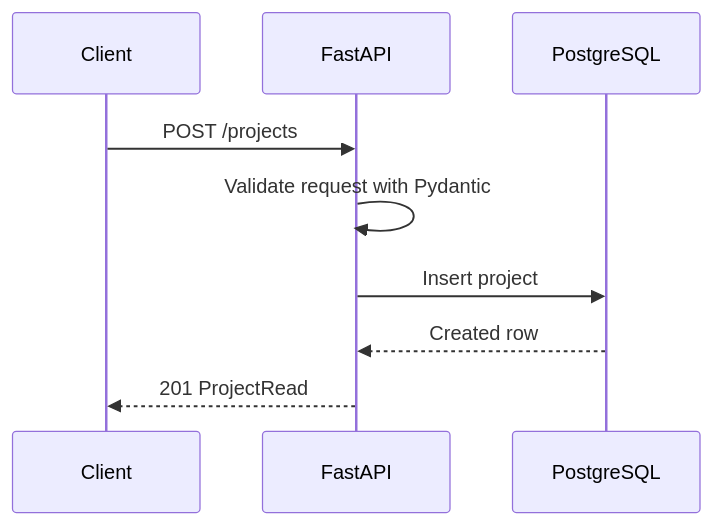
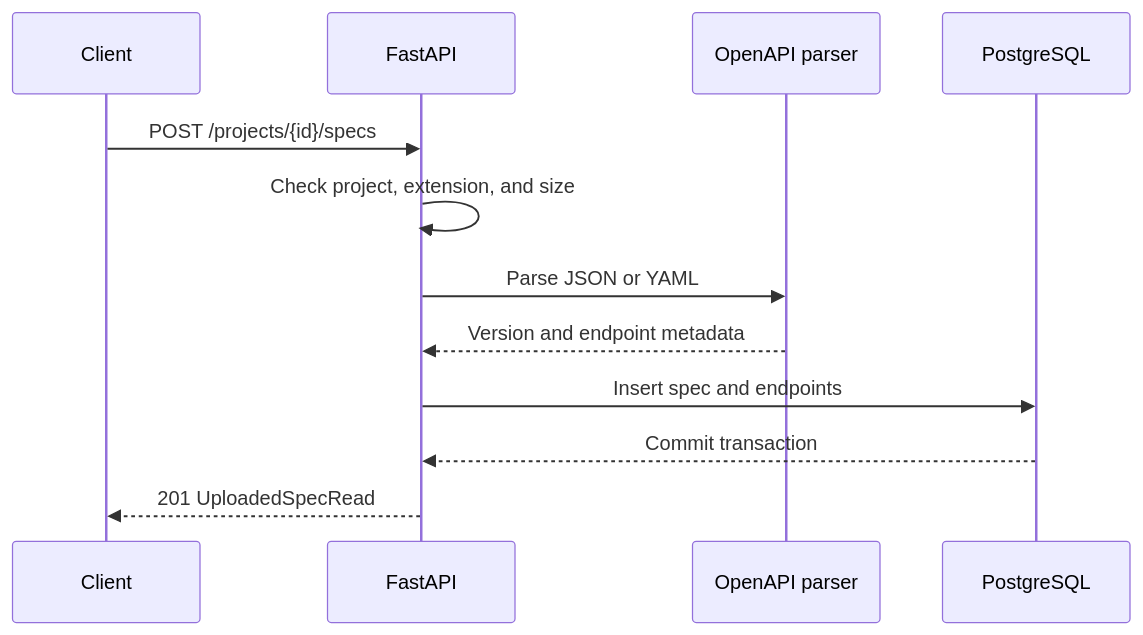
One commit to AdityaT360/specpulse changed the third of 3 diagrams in ARCHITECTURE.md. Above: the diagram before and after it, drawn with Mermaid. The commit also changed other lines of this file and 19 other files, not shown here.

First line of the commit message:
Add OpenAPI upload, parser, models, and APIs

````diff
--- a/ARCHITECTURE.md
+++ b/ARCHITECTURE.md
@@ -49,12 +77,15 @@
 ```mermaid
 sequenceDiagram
     participant Client
     participant API as FastAPI
+    participant Parser as OpenAPI parser
     participant DB as PostgreSQL
 
-    Client->>API: POST /projects
-    API->>API: Validate request with Pydantic
-    API->>DB: Insert project
-    DB-->>API: Created row
-    API-->>Client: 201 ProjectRead
+    Client->>API: POST /projects/{id}/specs
+    API->>API: Check project, extension, and size
+    API->>Parser: Parse JSON or YAML
+    Parser-->>API: Version and endpoint metadata
+    API->>DB: Insert spec and endpoints
+    DB-->>API: Commit transaction
+    API-->>Client: 201 UploadedSpecRead
 ```
````
